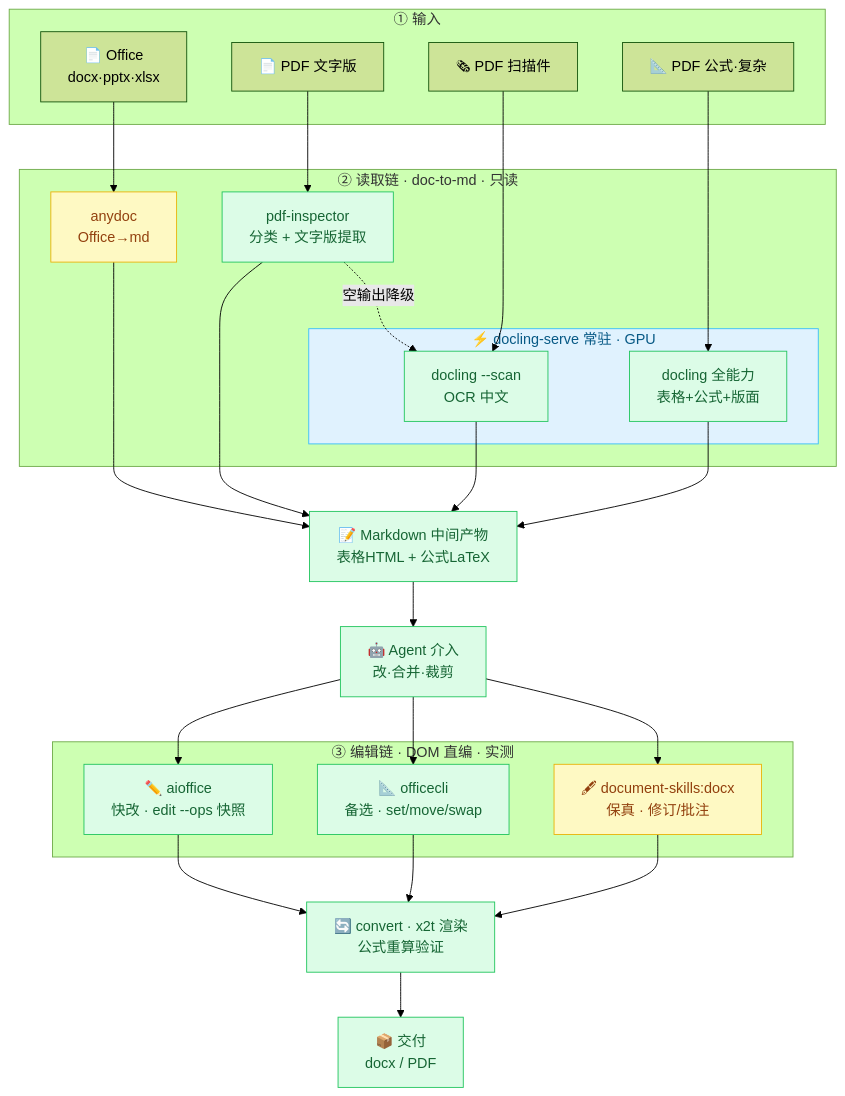
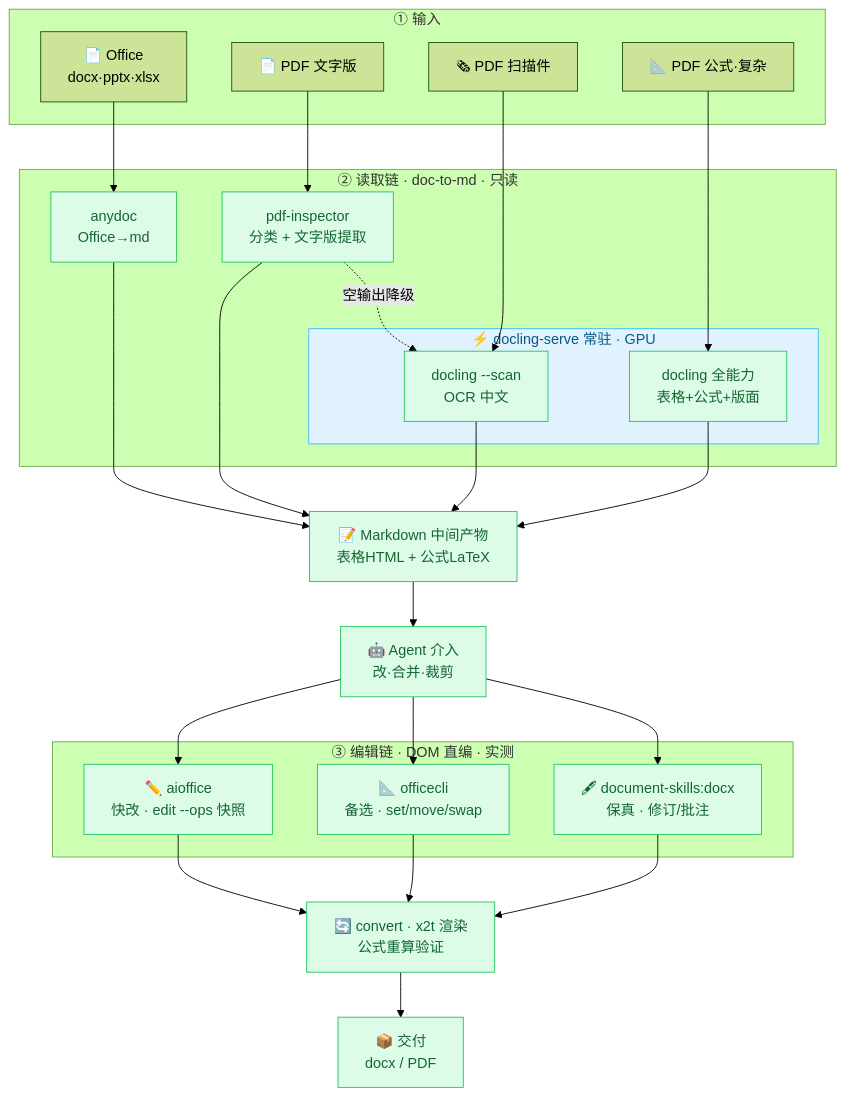
One commit to TunaTung/office-workflow changed the diagram in README.md. Above: the diagram before and after it, drawn with Mermaid (forest theme). The commit also changed 1 other file, not shown here.

Commit message:
全链实测转正: anydoc + document-skills:docx 从🟡未实测→🟢实测
- anydoc: 30ms 中文+表格 docx→md 全对(标题/表格/科学计数)
- document-skills:docx: 修订删除(suggest_deletion)+批注(add_comment)实测通
- README 图: A1/B3 黄→绿, 全链无未实测节点
- 坑04: 保真层状态更新(脚本可用, 注意 git-bash 无 zip 用 python zipfile)

````diff
--- a/README.md
+++ b/README.md
@@ -23,60 +23,60 @@
 ```mermaid
 flowchart TD
     %% ① 输入
     subgraph L1[① 输入]
         IN1[📄 Office<br/>docx·pptx·xlsx]
         IN2[📄 PDF 文字版]
         IN3[🗞 PDF 扫描件]
         IN4[📐 PDF 公式·复杂]
     end
 
     %% ② 读取链（只读，不改源）
     subgraph L2[② 读取链 · doc-to-md · 只读]
         A1[anydoc<br/>Office→md]
         A2[pdf-inspector<br/>分类 + 文字版提取]
         subgraph SERVE[⚡ docling-serve 常驻 · GPU]
             A3[docling --scan<br/>OCR 中文]
             A4[docling 全能力<br/>表格+公式+版面]
         end
     end
 
     %% 中间产物 + Agent 介入
     MD[📝 Markdown 中间产物<br/>表格HTML + 公式LaTeX]
     AGT[🤖 Agent 介入<br/>改·合并·裁剪]
 
     %% ③ 编辑链（DOM 直编源文件，实测成型）
     subgraph L3[③ 编辑链 · DOM 直编 · 实测]
         B1[✏️ aioffice<br/>快改 · edit --ops 快照]
         B2[📐 officecli<br/>备选 · set/move/swap]
         B3[🖋 document-skills:docx<br/>保真 · 修订/批注]
     end
 
     %% 转换交付
     CVT[🔄 convert · x2t 渲染<br/>公式重算验证]
     OUT[📦 交付<br/>docx / PDF]
 
     %% 连线
     IN1 --> A1
     IN2 --> A2
     IN3 --> A3
     IN4 --> A4
     A1 --> MD
     A2 --> MD
     A2 -.空输出降级.-> A3
     A3 --> MD
     A4 --> MD
     MD --> AGT
     AGT --> B1 & B2 & B3
     B1 --> CVT
     B2 --> CVT
     B3 --> CVT
     CVT --> OUT
 
     %% 状态：🟢实测 / 🟡未实测 / 🔵GPU底座
     classDef ok fill:#dcfce7,stroke:#22c55e,color:#166534
     classDef nok fill:#fef9c3,stroke:#eab308,color:#92400e
     classDef base fill:#e0f2fe,stroke:#38bdf8,color:#075985
-    class A2,A3,A4,MD,AGT,B1,B2,CVT,OUT ok
-    class A1,B3 nok
+    class A2,A3,A4,MD,AGT,B1,B2,B3,CVT,OUT ok
+    class A1 ok
     class SERVE base
 ```
````
